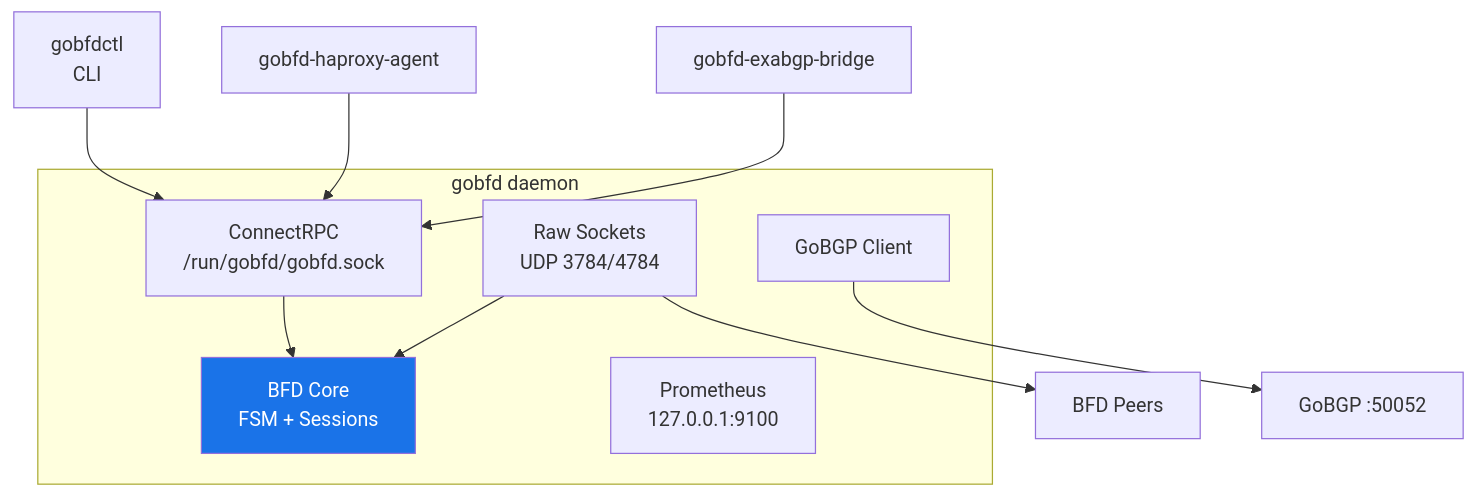
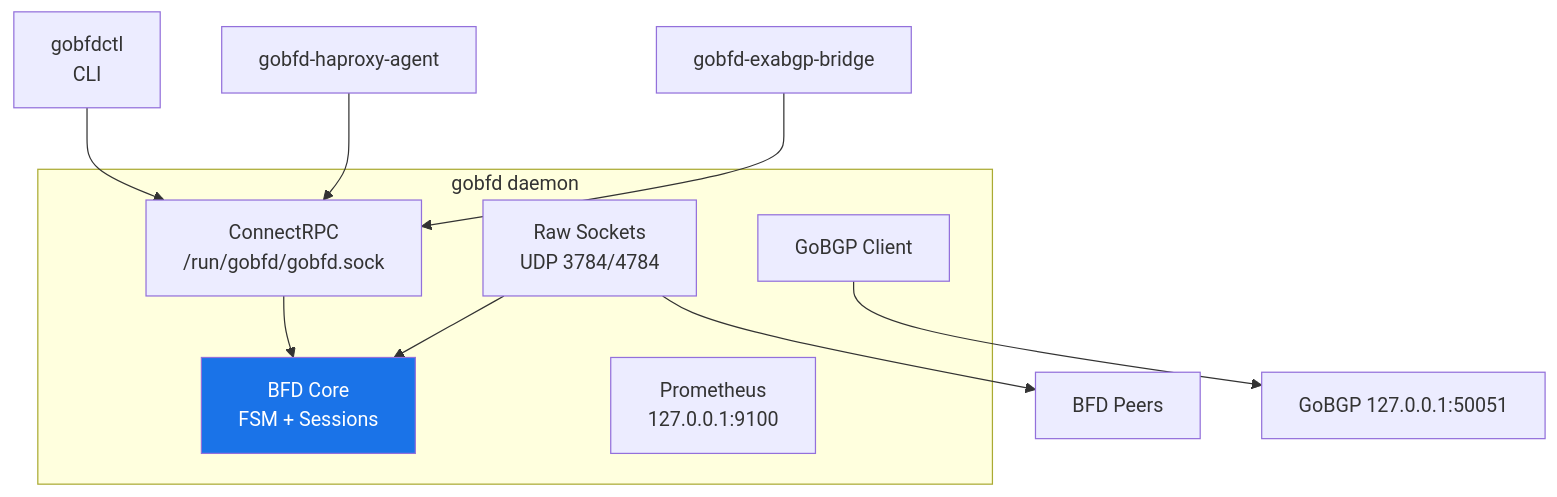
The diagram in README.md (dantte-lp/gobfd), drawn with Mermaid before and after one commit. The commit also changed other lines of this file and 53 other files, not shown here.

````diff
--- a/README.md
+++ b/README.md
@@ -69,20 +81,20 @@
 ```mermaid
 graph TB
     subgraph "gobfd daemon"
         SRV["ConnectRPC<br/>/run/gobfd/gobfd.sock"]
         BFD["BFD Core<br/>FSM + Sessions"]
         NET["Raw Sockets<br/>UDP 3784/4784"]
         BGP["GoBGP Client"]
         MET["Prometheus<br/>127.0.0.1:9100"]
     end
 
     CLI["gobfdctl<br/>CLI"] --> SRV
     HAP["gobfd-haproxy-agent"] --> SRV
     EXA["gobfd-exabgp-bridge"] --> SRV
     SRV --> BFD
     NET --> BFD
-    BGP --> GOBGP["GoBGP :50052"]
+    BGP --> GOBGP["GoBGP 127.0.0.1:50051"]
     NET --> PEER["BFD Peers"]
 
     style BFD fill:#1a73e8,color:#fff
 ```
````
